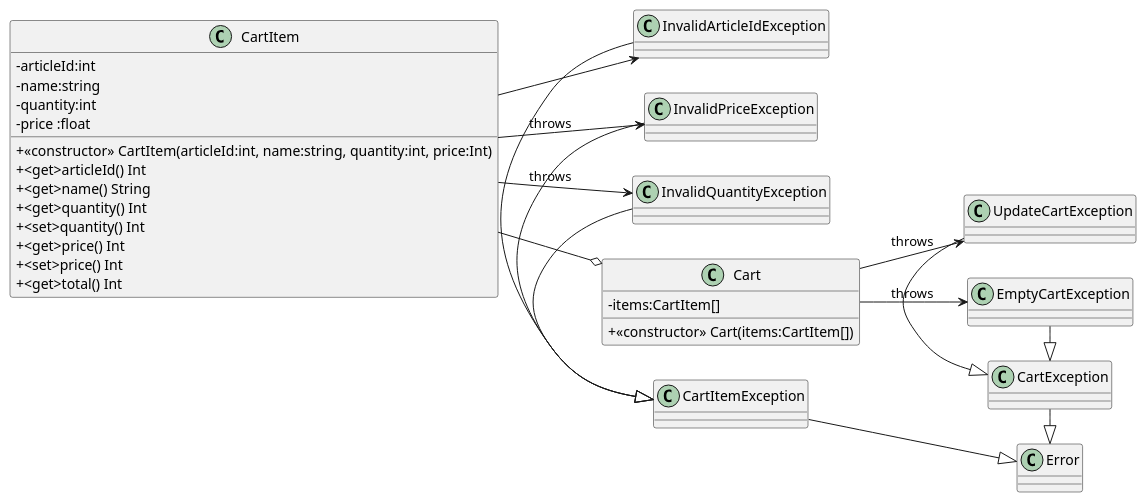
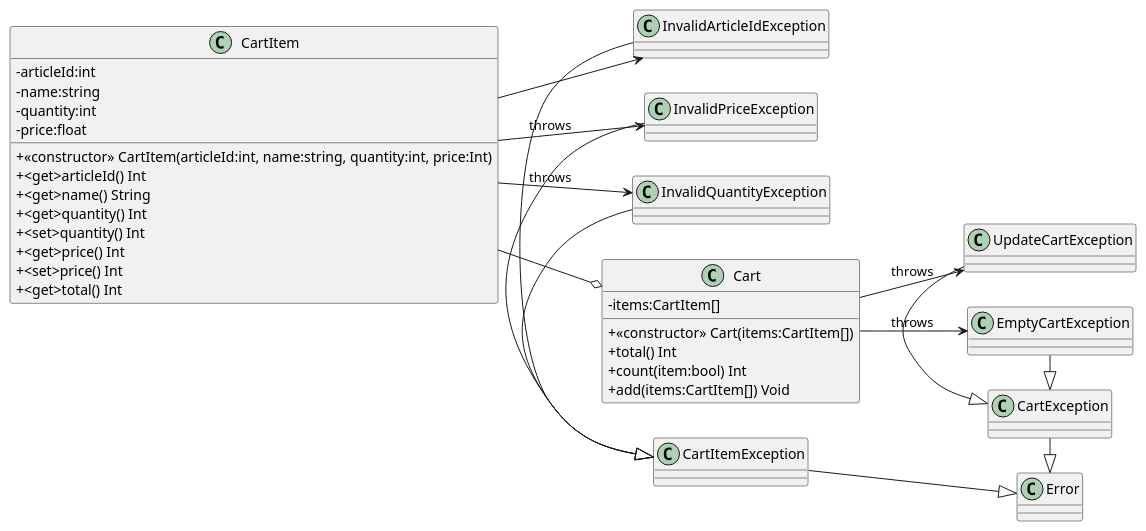
The diagram in docs/class-diagram.puml (T5uy0/Shopping-JulienSchneider), drawn with PlantUML before and after one commit.

Commit message:
docs: update diagram class

```diff
--- a/docs/class-diagram.puml
+++ b/docs/class-diagram.puml
@@ -1,60 +1,63 @@
 @startuml
 
 left to right direction
 skinparam classAttributeIconSize 0
 
 'Classes declaration
 class CartItem {
 
     - articleId:int
     - name:string
     - quantity:int
-    - price :float
+    - price:float
 
     + <<constructor>> CartItem(articleId:int, name:string, quantity:int, price:Int)
     +<get>articleId() Int
     +<get>name() String
     +<get>quantity() Int
     +<set>quantity() Int
     +<get>price() Int
     +<set>price() Int
     +<get>total() Int
 }
 
 class Cart {
     - items:CartItem[]
     + <<constructor>> Cart(items:CartItem[])
+    + total() Int
+    + count(item:bool) Int
+    + add(items:CartItem[]) Void
 }
 
 class Error{}
 'CartItem
 class CartItemException{}
 class InvalidArticleIdException{}
 class InvalidQuantityException{}
 class InvalidPriceException{}
 
 'Cart
 class CartException{}
 class EmptyCartException{}
 class UpdateCartException{}
 
 CartItem --o Cart
 Cart --> EmptyCartException : throws
 Cart --> UpdateCartException : throws
 CartException -|> Error
 EmptyCartException -|> CartException
 UpdateCartException -|> CartException
 
 'CartItem
 CartItem --> InvalidArticleIdException
 CartItem --> InvalidQuantityException : throws
 CartItem --> InvalidPriceException : throws
 
 InvalidArticleIdException -|> CartItemException
 InvalidPriceException -|> CartItemException
 InvalidQuantityException -|> CartItemException
 CartItemException -|> Error
 
 
 
 @enduml
```
